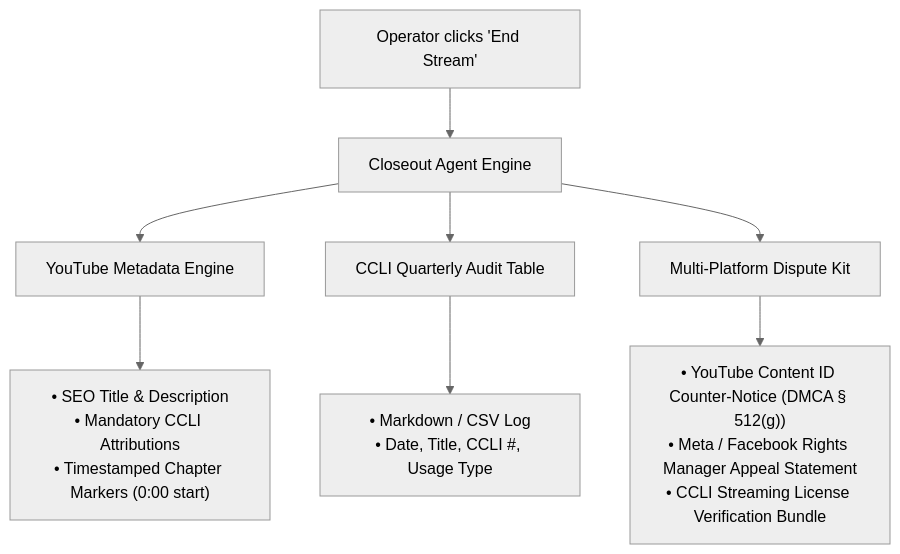
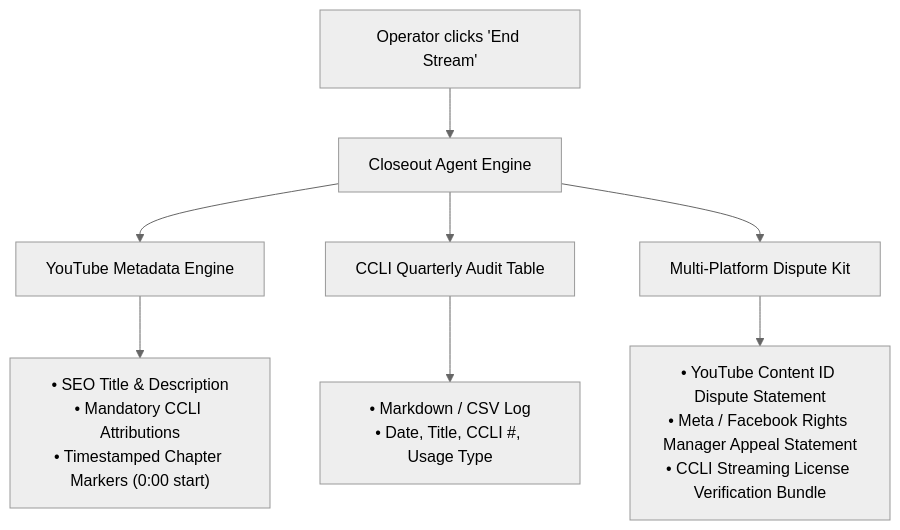
The fifth of 5 diagrams in ARCHITECTURE.md (N-45div/Selah), drawn with Mermaid (neutral theme) before and after one commit. The commit also changed other lines of this file and 4 other files, not shown here.

Commit message:
fix(compliance): prevent false streaming license assertions in disputes, gate closeout route, and fix DMCA naming

````diff
--- a/ARCHITECTURE.md
+++ b/ARCHITECTURE.md
@@ -150,13 +150,13 @@
 ```mermaid
 graph TD
     EndEvent["Operator clicks 'End Stream'"] --> CloseoutGen["Closeout Agent Engine"]
     
     CloseoutGen --> Comp1["YouTube Metadata Engine"]
     Comp1 --> YT_Out["• SEO Title & Description<br/>• Mandatory CCLI Attributions<br/>• Timestamped Chapter Markers (0:00 start)"]
 
     CloseoutGen --> Comp2["CCLI Quarterly Audit Table"]
     Comp2 --> CCLI_Out["• Markdown / CSV Log<br/>• Date, Title, CCLI #, Usage Type"]
 
     CloseoutGen --> Comp3["Multi-Platform Dispute Kit"]
-    Comp3 --> Dispute_Out["• YouTube Content ID Counter-Notice (DMCA § 512(g))<br/>• Meta / Facebook Rights Manager Appeal Statement<br/>• CCLI Streaming License Verification Bundle"]
+    Comp3 --> Dispute_Out["• YouTube Content ID Dispute Statement<br/>• Meta / Facebook Rights Manager Appeal Statement<br/>• CCLI Streaming License Verification Bundle"]
 ```
````
